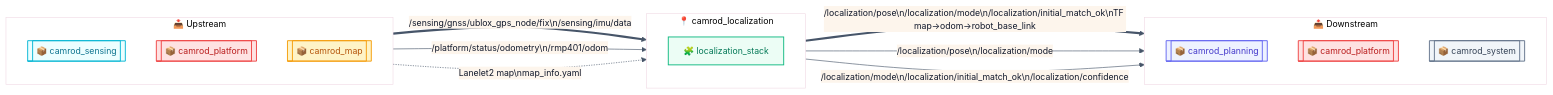
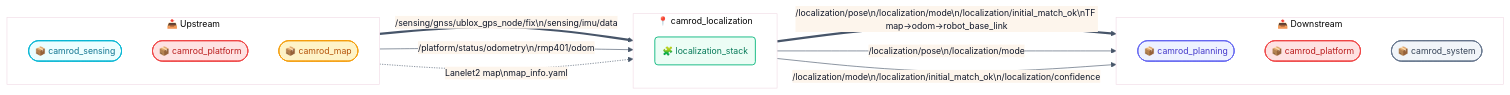
The first of 4 diagrams in camrod_localization/README.md (hwanhonglee/CAMROD), drawn with Mermaid before and after one commit. The commit also changed other lines of this file and 12 other files, not shown here.

First line of the commit message:
docs(v4): unified Mermaid shape convention + runtime data flow diagram

````diff
--- a/camrod_localization/README.md
+++ b/camrod_localization/README.md
@@ -42,45 +42,45 @@
 ```mermaid
 %%{init: {'theme': 'base', 'themeVariables': {'fontFamily': 'ui-sans-serif, system-ui, sans-serif', 'fontSize': '14px', 'primaryColor': '#ECFDF5', 'primaryTextColor': '#0F172A', 'primaryBorderColor': '#10B981', 'lineColor': '#475569'}, 'flowchart': {'curve': 'basis', 'htmlLabels': true, 'padding': 12}}}%%
 graph LR
   classDef sensing      fill:#ECFEFF,stroke:#06B6D4,stroke-width:1.5px,color:#0E7490;
   classDef localization fill:#ECFDF5,stroke:#10B981,stroke-width:1.5px,color:#047857;
   classDef mapping      fill:#FEF3C7,stroke:#F59E0B,stroke-width:1.5px,color:#B45309;
   classDef planning     fill:#EEF2FF,stroke:#6366F1,stroke-width:1.5px,color:#4338CA;
   classDef platform     fill:#FEE2E2,stroke:#EF4444,stroke-width:1.5px,color:#B91C1C;
   classDef system       fill:#F1F5F9,stroke:#64748B,stroke-width:1.5px,color:#334155;
   classDef topic        fill:#F8FAFC,stroke:#94A3B8,stroke-width:1px,color:#475569,font-style:italic;
 
   subgraph UP ["📥 Upstream"]
     direction TB
-    SENS[[📦 camrod_sensing]]
-    PLAT[[📦 camrod_platform]]
-    MAP[[📦 camrod_map]]
+    SENS([📦 camrod_sensing])
+    PLAT([📦 camrod_platform])
+    MAP([📦 camrod_map])
   end
 
   subgraph LOC_PKG ["📍 camrod_localization"]
     direction TB
-    LOC[🧩 localization_stack]
+    LOC(🧩 localization_stack)
   end
 
   subgraph DOWN ["📤 Downstream"]
     direction TB
-    PLAN[[📦 camrod_planning]]
-    PPLAT[[📦 camrod_platform]]
-    SYS[[📦 camrod_system]]
+    PLAN([📦 camrod_planning])
+    PPLAT([📦 camrod_platform])
+    SYS([📦 camrod_system])
   end
 
   SENS ==>|"`/sensing/gnss/ublox_gps_node/fix\n/sensing/imu/data`"| LOC
   PLAT -->|"`/platform/status/odometry\n/rmp401/odom`"| LOC
   MAP -.->|"`Lanelet2 map\nmap_info.yaml`"| LOC
 
   LOC ==>|"`/localization/pose\n/localization/mode\n/localization/initial_match_ok\nTF map→odom→robot_base_link`"| PLAN
   LOC -->|"`/localization/pose\n/localization/mode`"| PPLAT
   LOC -->|"`/localization/mode\n/localization/initial_match_ok\n/localization/confidence`"| SYS
 
   class SENS sensing
   class PLAT,PPLAT platform
   class MAP mapping
   class LOC localization
   class PLAN planning
   class SYS system
 ```
````
